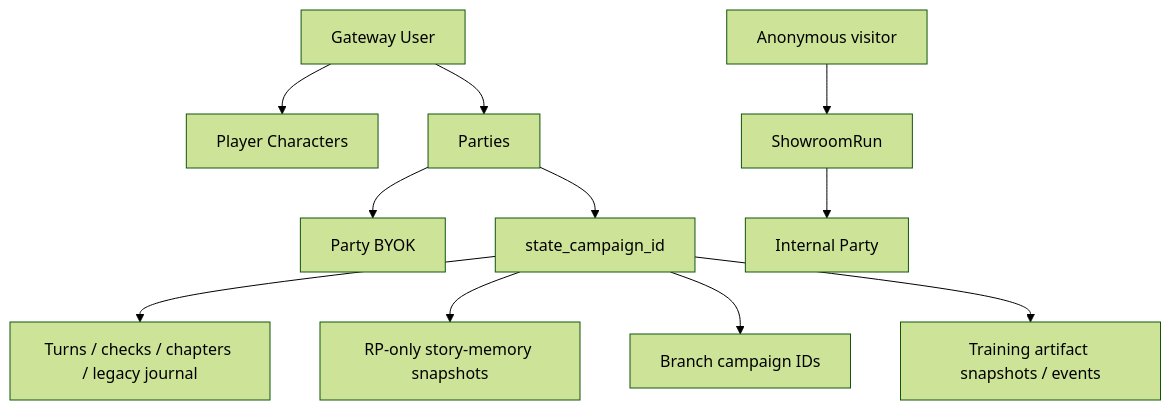
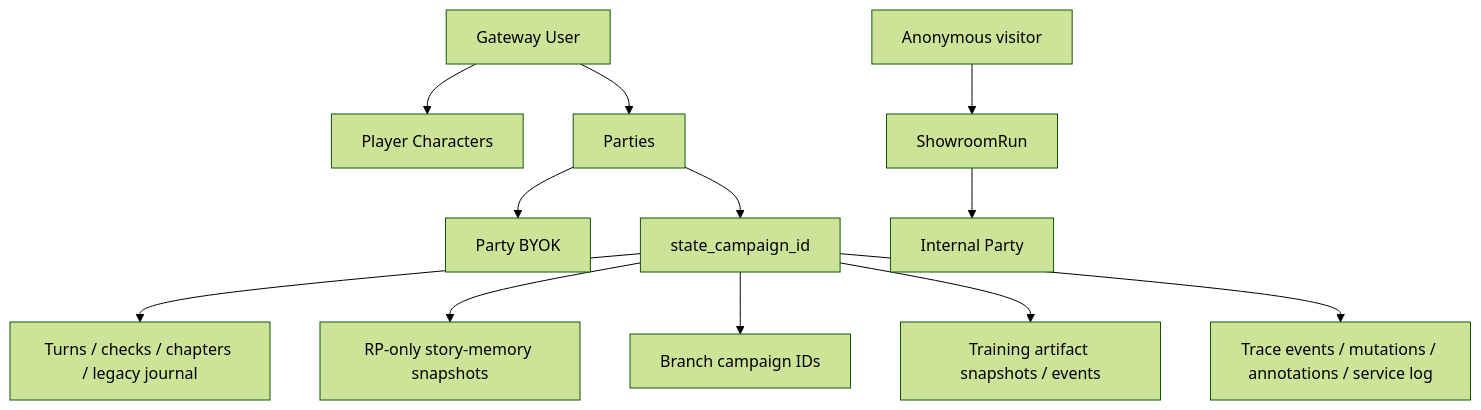
The diagram in docs/wiki/08-data-and-security.md (abykovwww-byte/ubuntu_ansible_palybooks), drawn with Mermaid (forest theme) before and after one commit. The commit also changed other lines of this file and 32 other files, not shown here.

````diff
--- a/docs/wiki/08-data-and-security.md
+++ b/docs/wiki/08-data-and-security.md
@@ -43,14 +44,15 @@
 ```mermaid
 flowchart TB
     U["Gateway User"] --> PC["Player Characters"]
     U --> P["Parties"]
     P --> K["Party BYOK"]
     P --> C["state_campaign_id"]
     C --> T["Turns / checks / chapters / legacy journal"]
     C --> RPS["RP-only story-memory snapshots"]
     C --> B["Branch campaign IDs"]
     C --> TA["Training artifact snapshots / events"]
+    C --> DT["Trace events / mutations / annotations / service log"]
 
     AV["Anonymous visitor"] --> SR["ShowroomRun"]
     SR --> IP["Internal Party"]
 ```
````
